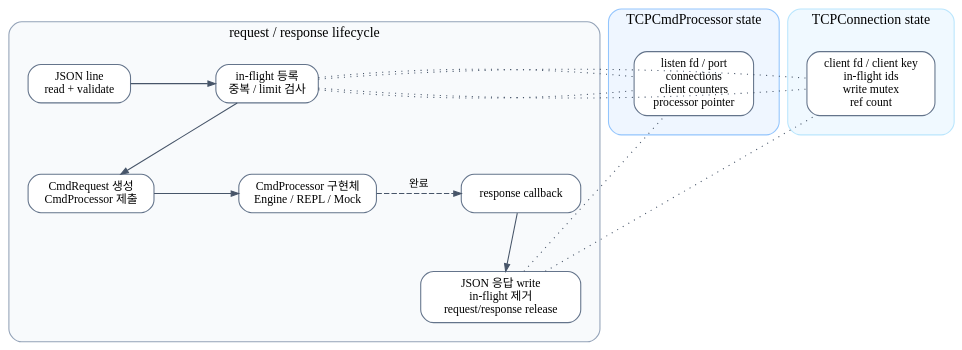
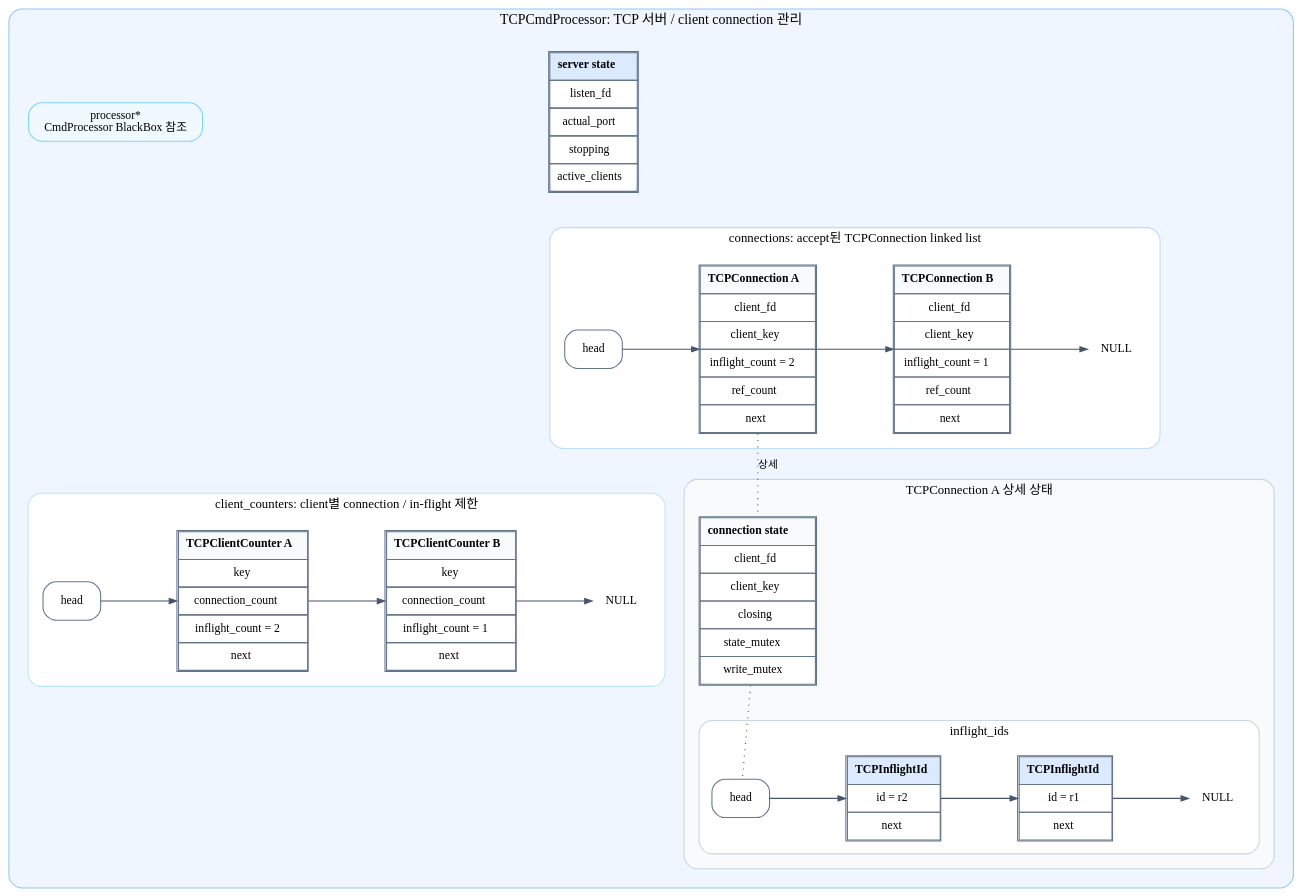
One commit to Wish-Upon-A-Star/SQL-B-Tree changed the diagram in docs/sijun-yang/diagrams/004_tcp_cmd_processor_state_lifecycle.dot. Above: the diagram before and after it, drawn with Graphviz. The commit also changed 4 other files, not shown here.

Commit message:
docs: clarify cmd processor architecture flow

```diff
--- a/docs/sijun-yang/diagrams/004_tcp_cmd_processor_state_lifecycle.dot
+++ b/docs/sijun-yang/diagrams/004_tcp_cmd_processor_state_lifecycle.dot
@@ -2,8 +2,8 @@
     graph [
         rankdir=TB,
         compound=true,
-        nodesep=0.55,
-        ranksep=0.75,
+        nodesep=0.5,
+        ranksep=0.65,
         splines=line,
         newrank=true,
         pad=0.2,
@@ -17,7 +17,7 @@
         color="#64748b",
         fontname="Pretendard",
         fontsize=11,
-        margin="0.14,0.09"
+        margin="0.10,0.07"
     ];
 
     edge [
@@ -27,25 +27,8 @@
         arrowsize=0.7
     ];
 
-    subgraph cluster_lifecycle {
-        label="request / response lifecycle";
-        style="rounded,filled";
-        color="#94a3b8";
-        fillcolor="#f8fafc";
-        fontname="Pretendard";
-        fontsize=13;
-        margin=18;
-
-        read_validate [label="JSON line\nread + validate"];
-        register [label="in-flight 등록\n중복 / limit 검사"];
-        submit [label="CmdRequest 생성\nCmdProcessor 제출"];
-        processor [label="CmdProcessor 구현체\nEngine / REPL / Mock"];
-        callback [label="response callback"];
-        write_cleanup [label="JSON 응답 write\nin-flight 제거\nrequest/response release"];
-    }
-
-    subgraph cluster_server_state {
-        label="TCPCmdProcessor state";
+    subgraph cluster_server {
+        label="TCPCmdProcessor: TCP 서버 / client connection 관리";
         style="rounded,filled";
         color="#93c5fd";
         fillcolor="#eff6ff";
@@ -53,32 +36,172 @@
         fontsize=13;
         margin=18;
 
-        server_state [label="listen fd / port\nconnections\nclient counters\nprocessor pointer"];
+        server_state [
+            shape=plain,
+            label=<
+                <TABLE BORDER="1" CELLBORDER="1" CELLSPACING="0" CELLPADDING="6" COLOR="#64748b">
+                    <TR><TD BGCOLOR="#dbeafe"><B>server state</B></TD></TR>
+                    <TR><TD>listen_fd</TD></TR>
+                    <TR><TD>actual_port</TD></TR>
+                    <TR><TD>stopping</TD></TR>
+                    <TR><TD>active_clients</TD></TR>
+                </TABLE>
+            >
+        ];
+
+        processor_ref [
+            label="processor*\nCmdProcessor BlackBox 참조",
+            fillcolor="#f0f9ff",
+            color="#7dd3fc"
+        ];
+
+        subgraph cluster_connections {
+            label="connections: accept된 TCPConnection linked list";
+            style="rounded,filled";
+            color="#bfdbfe";
+            fillcolor="#ffffff";
+            fontname="Pretendard";
+            fontsize=12;
+            margin=14;
+
+            conn_head [label="head"];
+            conn_a [
+                shape=plain,
+                label=<
+                    <TABLE BORDER="1" CELLBORDER="1" CELLSPACING="0" CELLPADDING="6" COLOR="#64748b">
+                        <TR><TD BGCOLOR="#f8fafc"><B>TCPConnection A</B></TD></TR>
+                        <TR><TD>client_fd</TD></TR>
+                        <TR><TD>client_key</TD></TR>
+                        <TR><TD>inflight_count = 2</TD></TR>
+                        <TR><TD>ref_count</TD></TR>
+                        <TR><TD>next</TD></TR>
+                    </TABLE>
+                >
+            ];
+            conn_b [
+                shape=plain,
+                label=<
+                    <TABLE BORDER="1" CELLBORDER="1" CELLSPACING="0" CELLPADDING="6" COLOR="#64748b">
+                        <TR><TD BGCOLOR="#f8fafc"><B>TCPConnection B</B></TD></TR>
+                        <TR><TD>client_fd</TD></TR>
+                        <TR><TD>client_key</TD></TR>
+                        <TR><TD>inflight_count = 1</TD></TR>
+                        <TR><TD>ref_count</TD></TR>
+                        <TR><TD>next</TD></TR>
+                    </TABLE>
+                >
+            ];
+            conn_null [label="NULL", shape=plaintext, fillcolor="transparent", color="transparent"];
+        }
+
+        subgraph cluster_connection_detail {
+            label="TCPConnection A 상세 상태";
+            style="rounded,filled";
+            color="#cbd5e1";
+            fillcolor="#f8fafc";
+            fontname="Pretendard";
+            fontsize=12;
+            margin=14;
+
+            conn_state [
+                shape=plain,
+                label=<
+                    <TABLE BORDER="1" CELLBORDER="1" CELLSPACING="0" CELLPADDING="6" COLOR="#64748b">
+                        <TR><TD BGCOLOR="#f8fafc"><B>connection state</B></TD></TR>
+                        <TR><TD>client_fd</TD></TR>
+                        <TR><TD>client_key</TD></TR>
+                        <TR><TD>closing</TD></TR>
+                        <TR><TD>state_mutex</TD></TR>
+                        <TR><TD>write_mutex</TD></TR>
+                    </TABLE>
+                >
+            ];
+
+            subgraph cluster_inflight {
+                label="inflight_ids";
+                style="rounded,filled";
+                color="#cbd5e1";
+                fillcolor="#ffffff";
+                fontname="Pretendard";
+                fontsize=12;
+                margin=12;
+
+                inflight_head [label="head"];
+                inflight_r2 [
+                    shape=plain,
+                    label=<
+                        <TABLE BORDER="1" CELLBORDER="1" CELLSPACING="0" CELLPADDING="6" COLOR="#64748b">
+                            <TR><TD BGCOLOR="#dbeafe"><B>TCPInflightId</B></TD></TR>
+                            <TR><TD>id = r2</TD></TR>
+                            <TR><TD>next</TD></TR>
+                        </TABLE>
+                    >
+                ];
+                inflight_r1 [
+                    shape=plain,
+                    label=<
+                        <TABLE BORDER="1" CELLBORDER="1" CELLSPACING="0" CELLPADDING="6" COLOR="#64748b">
+                            <TR><TD BGCOLOR="#dbeafe"><B>TCPInflightId</B></TD></TR>
+                            <TR><TD>id = r1</TD></TR>
+                            <TR><TD>next</TD></TR>
+                        </TABLE>
+                    >
+                ];
+                inflight_null [label="NULL", shape=plaintext, fillcolor="transparent", color="transparent"];
+            }
+        }
+
+        subgraph cluster_counters {
+            label="client_counters: client별 connection / in-flight 제한";
+            style="rounded,filled";
+            color="#bae6fd";
+            fillcolor="#ffffff";
+            fontname="Pretendard";
+            fontsize=12;
+            margin=14;
+
+            counter_head [label="head"];
+            counter_a [
+                shape=plain,
+                label=<
+                    <TABLE BORDER="1" CELLBORDER="1" CELLSPACING="0" CELLPADDING="6" COLOR="#64748b">
+                        <TR><TD BGCOLOR="#f8fafc"><B>TCPClientCounter A</B></TD></TR>
+                        <TR><TD>key</TD></TR>
+                        <TR><TD>connection_count</TD></TR>
+                        <TR><TD>inflight_count = 2</TD></TR>
+                        <TR><TD>next</TD></TR>
+                    </TABLE>
+                >
+            ];
+            counter_b [
+                shape=plain,
+                label=<
+                    <TABLE BORDER="1" CELLBORDER="1" CELLSPACING="0" CELLPADDING="6" COLOR="#64748b">
+                        <TR><TD BGCOLOR="#f8fafc"><B>TCPClientCounter B</B></TD></TR>
+                        <TR><TD>key</TD></TR>
+                        <TR><TD>connection_count</TD></TR>
+                        <TR><TD>inflight_count = 1</TD></TR>
+                        <TR><TD>next</TD></TR>
+                    </TABLE>
+                >
+            ];
+            counter_null [label="NULL", shape=plaintext, fillcolor="transparent", color="transparent"];
+        }
     }
 
-    subgraph cluster_connection_state {
-        label="TCPConnection state";
-        style="rounded,filled";
-        color="#bae6fd";
-        fillcolor="#f0f9ff";
-        fontname="Pretendard";
-        fontsize=13;
-        margin=18;
+    { rank=same; server_state; processor_ref; }
+    { rank=same; conn_head; conn_a; conn_b; conn_null; }
+    { rank=same; conn_state; counter_head; counter_a; counter_b; counter_null; }
+    { rank=same; inflight_head; inflight_r2; inflight_r1; inflight_null; }
 
-        connection_state [label="client fd / client key\nin-flight ids\nwrite mutex\nref count"];
-    }
+    server_state -> conn_head [style=invis, weight=30];
+    processor_ref -> counter_head [style=invis, weight=30];
 
-    { rank=same; read_validate; register; }
-    { rank=same; submit; processor; callback; }
-    { rank=same; write_cleanup; }
-    { rank=same; server_state; connection_state; }
+    conn_head -> conn_a -> conn_b -> conn_null;
+    conn_a -> conn_state [style=dotted, arrowhead=none, label="상세"];
 
-    read_validate -> register -> submit -> processor;
-    processor -> callback [style=dashed, label="완료"];
-    callback -> write_cleanup;
+    conn_state -> inflight_head [style=dotted, arrowhead=none];
+    inflight_head -> inflight_r2 -> inflight_r1 -> inflight_null;
 
-    register -> server_state [style=dotted, arrowhead=none, constraint=false];
-    register -> connection_state [style=dotted, arrowhead=none, constraint=false];
-    write_cleanup -> server_state [style=dotted, arrowhead=none, constraint=false];
-    write_cleanup -> connection_state [style=dotted, arrowhead=none, constraint=false];
+    counter_head -> counter_a -> counter_b -> counter_null;
 }
```
